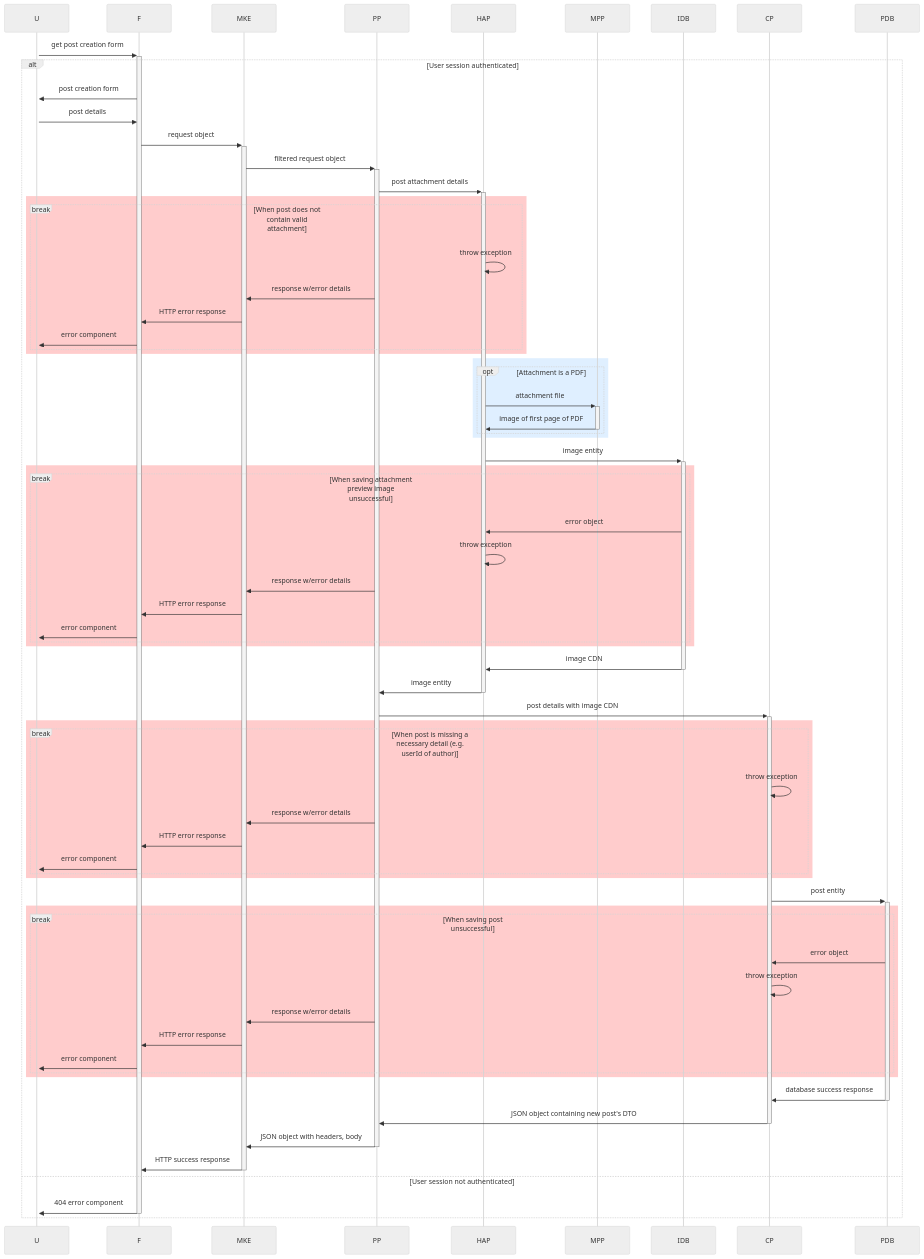
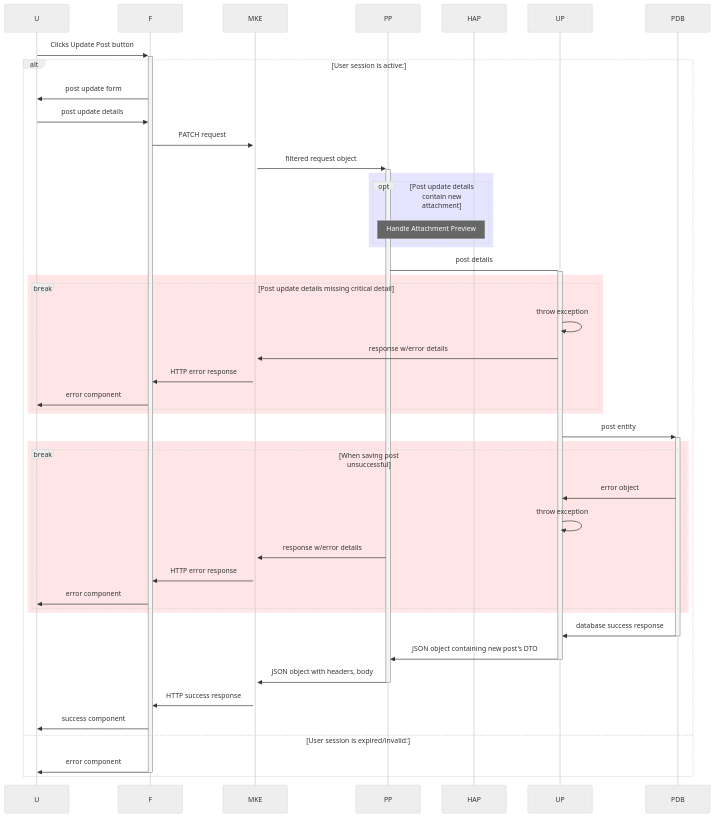
The fourth of 6 diagrams in DOCUMENTATION.md (maryamkhan14/cv-circle), drawn with Mermaid (neutral theme) before and after one commit. The commit also changed other lines of this file, not shown here.

Commit message:
Added sequence diagram for PATCH /api/posts/:id and added navigation link for it

````diff
--- a/DOCUMENTATION.md
+++ b/DOCUMENTATION.md
@@ -196,78 +194,47 @@
 ```mermaid
 sequenceDiagram
-    activate U
-    U->>+F: get post creation form
-    alt User session authenticated
-        F->>U: post creation form
-        U->>F: post details
-        F->>+MKE: request object
+    U->>+F: Clicks Update Post button
+    alt User session is active:
+        F->>U: post update form
+        U->>F: post update details
+        F->>+MKE: PATCH request
         MKE->>+PP: filtered request object
-        PP->>+HAP: post attachment details
 
-        rect rgba(255, 0, 0, 0.2)
-        break When post does not contain valid attachment
-            HAP->>HAP: throw exception
+        rect rgba(0,0,255,0.1)
+        opt Post update details contain new attachment
+            Note over PP, HAP: Handle Attachment Preview
+        end
+        end
+
+        PP->+UP: post details
+
+        rect rgba(255,0,0,0.1)
+        break Post update details missing critical detail
+            UP->>UP: throw exception
+            UP->>MKE: response w/error details
+            MKE->>F: HTTP error response
+            F->>U: error component
+        end
+        end
+
+        UP->>+PDB: post entity
+
+        rect rgba(255, 0, 0, 0.1)
+        break When saving post unsuccessful
+            PDB->>UP: error object
+            UP->>UP: throw exception
             PP->>MKE: response w/error details
             MKE->>F: HTTP error response
             F->>U: error component
         end
         end
 
-        rect rgba(191, 223, 255, 0.5)
-        opt Attachment is a PDF
-            HAP->>+MPP: attachment file
-            MPP->>-HAP: image of first page of PDF
-        end
-        end
-
-        HAP->>+IDB: image entity
-
-        rect rgba(255, 0, 0, 0.2)
-        break When saving attachment preview image unsuccessful
-            IDB->>HAP: error object
-            HAP->>HAP: throw exception
-            PP->>MKE: response w/error details
-            MKE->>F: HTTP error response
-            F->>U: error component
-        end
-        end
-
-        IDB->>HAP: image CDN
-        deactivate IDB
-        HAP->>PP: image entity
-        deactivate HAP
-        PP->>+CP: post details with image CDN
-
-        rect rgba(255, 0, 0, 0.2)
-        break When post is missing a necessary detail (e.g. userId of author)
-            CP->>CP: throw exception
-            PP->>MKE: response w/error details
-            MKE->>F: HTTP error response
-            F->>U: error component
-        end
-        end
-
-        CP->>+PDB: post entity
-
-        rect rgba(255, 0, 0, 0.2)
-        break When saving post unsuccessful
-            PDB->>CP: error object
-            CP->>CP: throw exception
-            PP->>MKE: response w/error details
-            MKE->>F: HTTP error response
-            F->>U: error component
-        end
-        end
-
-        PDB->>CP: database success response
-        deactivate PDB
-        CP->>PP: JSON object containing new post's DTO
-        deactivate CP
+        PDB->>-UP: database success response
+        UP->>-PP: JSON object containing new post's DTO
         PP->>-MKE: JSON object with headers, body
         MKE->>F: HTTP success response
-        deactivate MKE
-    else User session not authenticated
-        F->>-U: 404 error component
-
+        F->>U: success component
+    else User session is expired/invalid:
+        F->>-U: error component
     end
 ```
````
